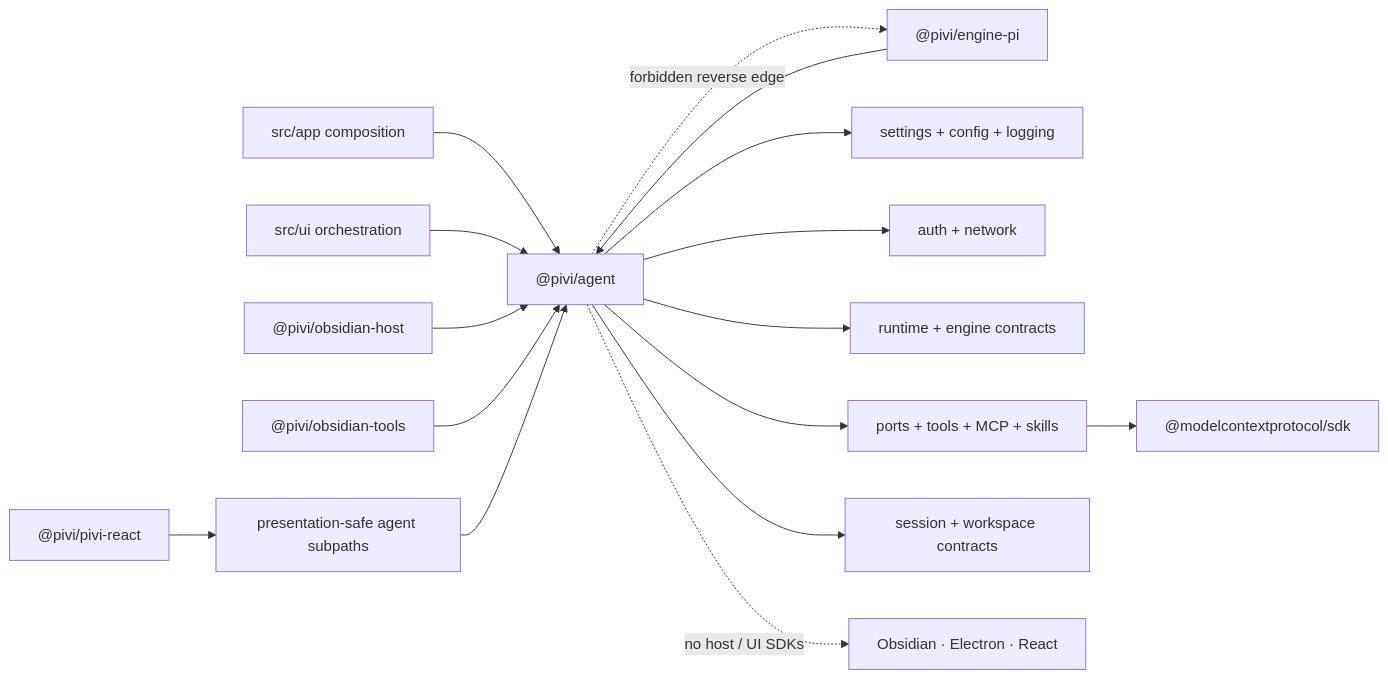
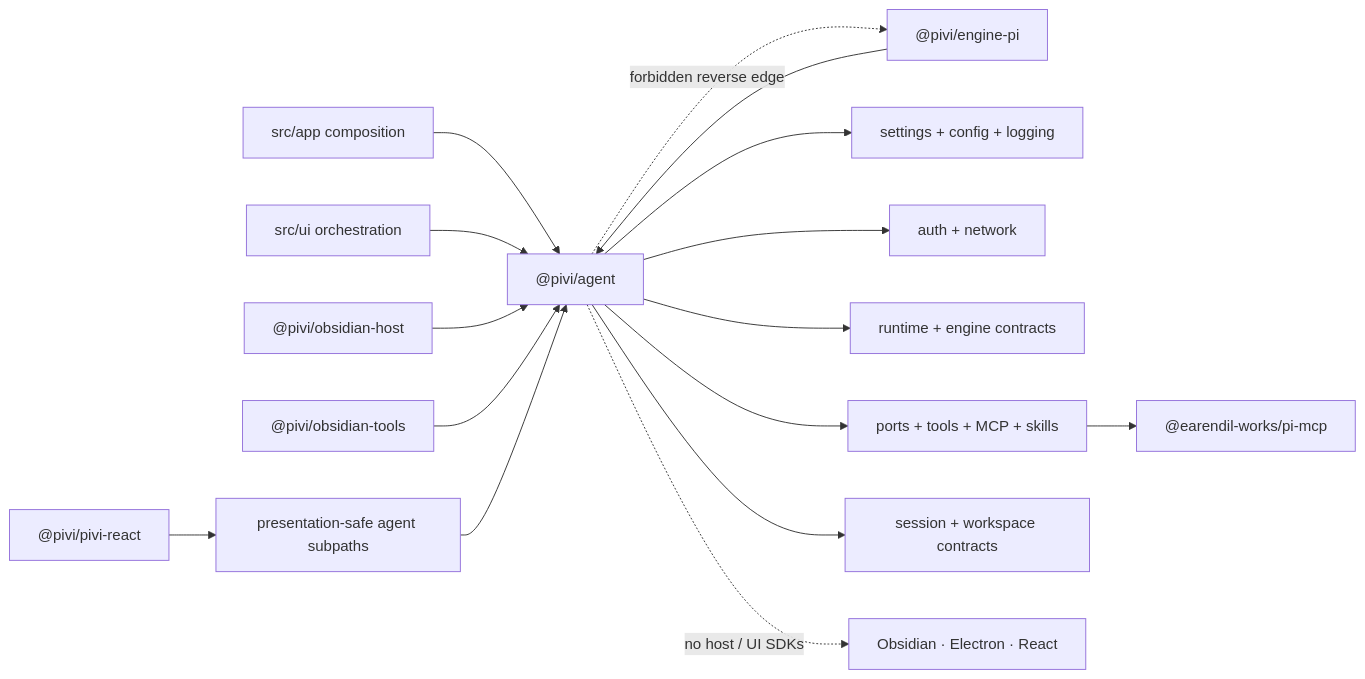
Before and after one commit to shuuul/obsidian-pivi: the diagram in packages/agent/AGENTS.md, drawn with Mermaid. The commit also changed other lines of this file and 98 other files, not shown here.

````diff
--- a/packages/agent/AGENTS.md
+++ b/packages/agent/AGENTS.md
@@ -11,18 +11,18 @@
 ```mermaid
 flowchart LR
   App["src/app composition"] --> Agent["@pivi/agent"]
   UI["src/ui orchestration"] --> Agent
   Engine["@pivi/engine-pi"] --> Agent
   Host["@pivi/obsidian-host"] --> Agent
   Tools["@pivi/obsidian-tools"] --> Agent
   ReactUI["@pivi/pivi-react"] --> Safe["presentation-safe agent subpaths"]
   Safe --> Agent
   Agent --> Configuration["settings + config + logging"]
   Agent --> Connectivity["auth + network"]
   Agent --> Runtime["runtime + engine contracts"]
   Agent --> Capabilities["ports + tools + MCP + skills"]
-  Capabilities --> McpSdk["@modelcontextprotocol/sdk"]
+  Capabilities --> McpClient["@earendil-works/pi-mcp"]
   Agent --> Persistence["session + workspace contracts"]
   Agent -. "forbidden reverse edge" .-> Engine
   Agent -. "no host / UI SDKs" .-> HostSDK["Obsidian · Electron · React"]
 ```
````
